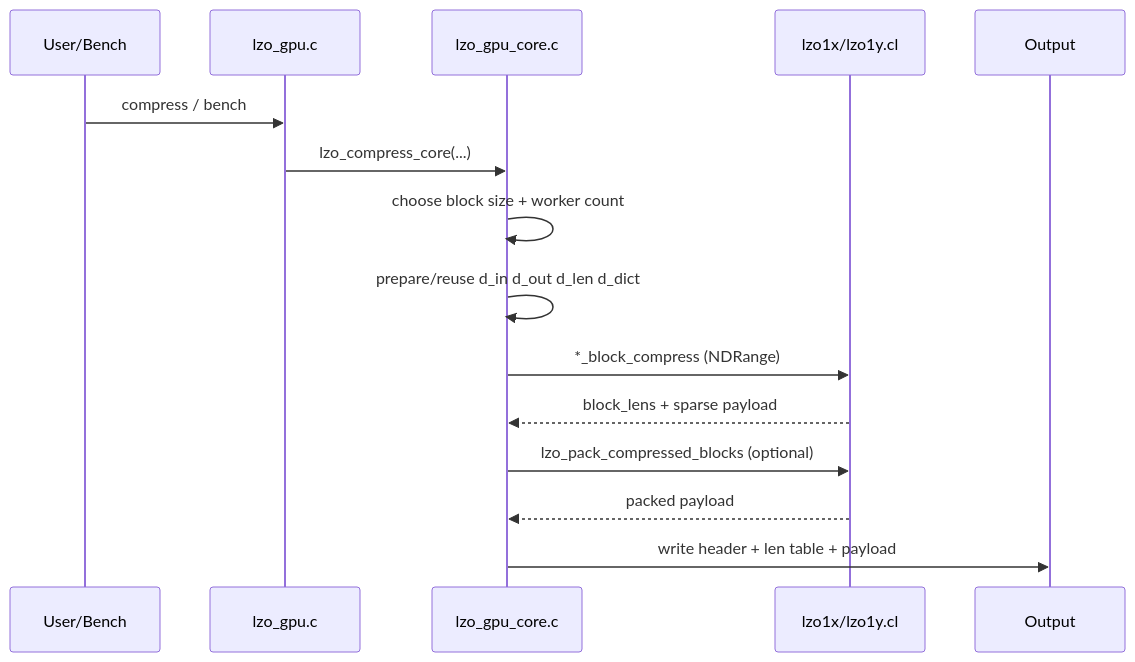
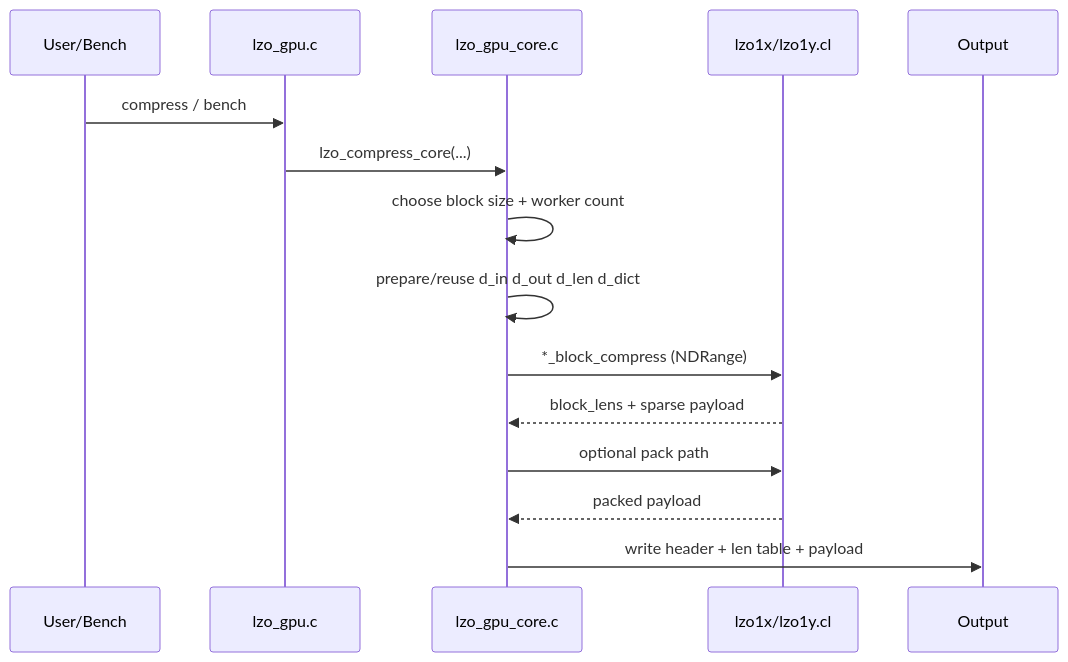
The second of 3 diagrams in lzo_gpu/PERFORMANCE_SUMMARY.md (obsidian0215/lzo-2.10), drawn with Mermaid before and after one commit. The commit also changed other lines of this file and 22 other files, not shown here.

````diff
--- a/lzo_gpu/PERFORMANCE_SUMMARY.md
+++ b/lzo_gpu/PERFORMANCE_SUMMARY.md
@@ -78,18 +62,18 @@
 ```mermaid
 sequenceDiagram
     participant U as User/Bench
     participant H as lzo_gpu.c
     participant R as lzo_gpu_core.c
     participant K as lzo1x/lzo1y.cl
     participant O as Output
 
     U->>H: compress / bench
     H->>R: lzo_compress_core(...)
     R->>R: choose block size + worker count
     R->>R: prepare/reuse d_in d_out d_len d_dict
     R->>K: *_block_compress (NDRange)
     K-->>R: block_lens + sparse payload
-    R->>K: lzo_pack_compressed_blocks (optional)
+    R->>K: optional pack path
     K-->>R: packed payload
     R->>O: write header + len table + payload
 ```
````
